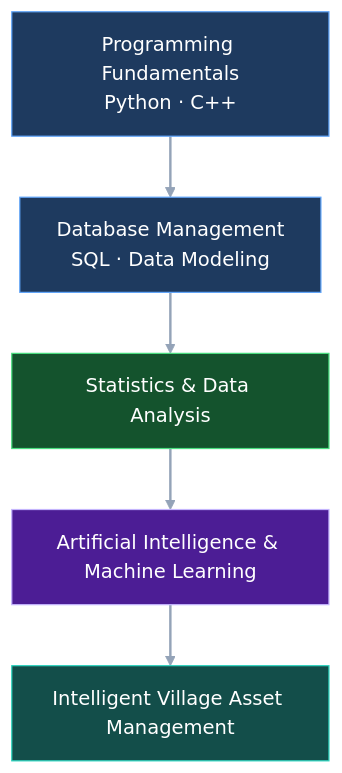
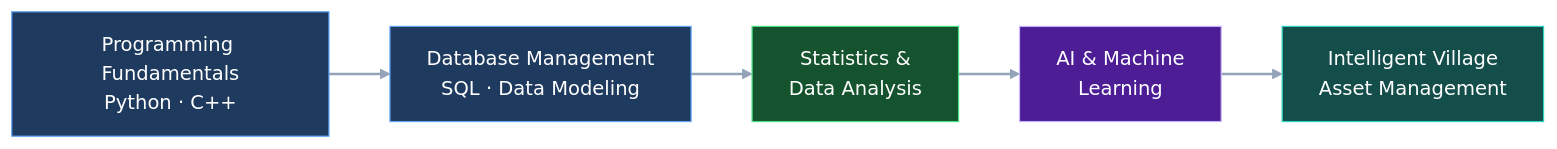
One commit to KukuhRiyanto/KukuhRiyanto changed the diagram in README.md. Above: the diagram before and after it, drawn with Mermaid. The commit also changed other lines of this file, not shown here.

````diff
--- a/README.md
+++ b/README.md
@@ -220,22 +218,22 @@
 ```mermaid
-flowchart TD
+flowchart LR
     A["Programming Fundamentals<br/>Python · C++"]
     B["Database Management<br/>SQL · Data Modeling"]
-    C["Statistics & Data Analysis"]
-    D["Artificial Intelligence & Machine Learning"]
-    E["Intelligent Village Asset Management"]
+    C["Statistics &<br/>Data Analysis"]
+    D["AI & Machine<br/>Learning"]
+    E["Intelligent Village<br/>Asset Management"]
 
     A --> B --> C --> D --> E
 
     classDef foundation fill:#1E3A5F,stroke:#60A5FA,color:#FFFFFF
     classDef analytics fill:#14532D,stroke:#4ADE80,color:#FFFFFF
     classDef intelligence fill:#4C1D95,stroke:#C4B5FD,color:#FFFFFF
     classDef impact fill:#134E4A,stroke:#2DD4BF,color:#FFFFFF
 
     class A,B foundation
     class C analytics
     class D intelligence
     class E impact
 
     linkStyle default stroke:#94A3B8,stroke-width:2px
 ```
````
